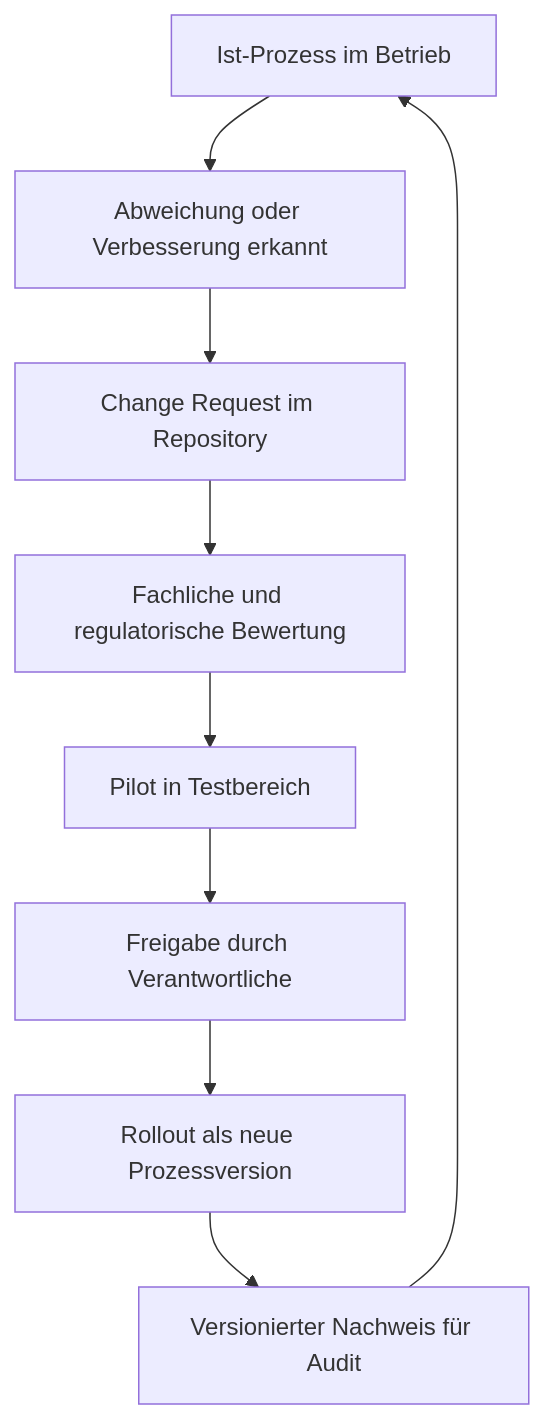
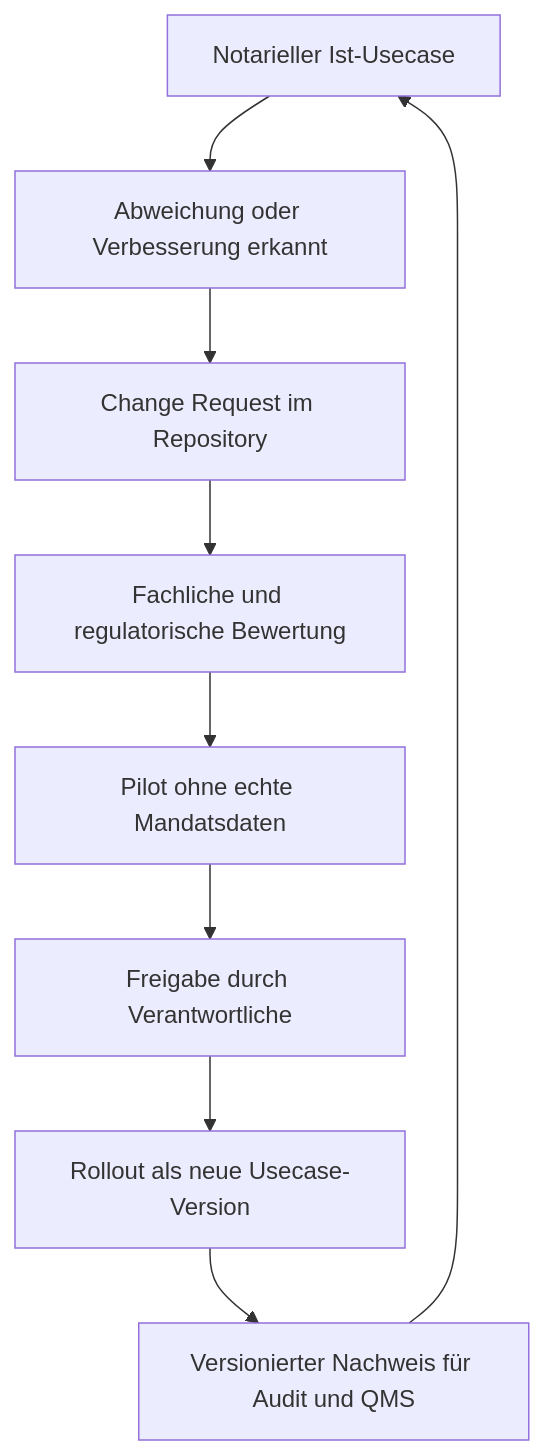
The diagram in docs/de/fachanwender-guide.md (notariat8/NaC), drawn with Mermaid before and after one commit. The commit also changed other lines of this file and 175 other files, not shown here.

````diff
--- a/docs/de/fachanwender-guide.md
+++ b/docs/de/fachanwender-guide.md
@@ -112,11 +115,11 @@
 ```mermaid
 flowchart TD
-    IstProzess["Ist-Prozess im Betrieb"] --> Beobachtung["Abweichung oder Verbesserung erkannt"]
+    IstUsecase["Notarieller Ist-Usecase"] --> Beobachtung["Abweichung oder Verbesserung erkannt"]
     Beobachtung --> ChangeRequest["Change Request im Repository"]
     ChangeRequest --> Bewertung["Fachliche und regulatorische Bewertung"]
-    Bewertung --> Pilot["Pilot in Testbereich"]
+    Bewertung --> Pilot["Pilot ohne echte Mandatsdaten"]
     Pilot --> Freigabe["Freigabe durch Verantwortliche"]
-    Freigabe --> Rollout["Rollout als neue Prozessversion"]
-    Rollout --> Nachweis["Versionierter Nachweis für Audit"]
-    Nachweis --> IstProzess
+    Freigabe --> Rollout["Rollout als neue Usecase-Version"]
+    Rollout --> Nachweis["Versionierter Nachweis für Audit und QMS"]
+    Nachweis --> IstUsecase
 ```
````
